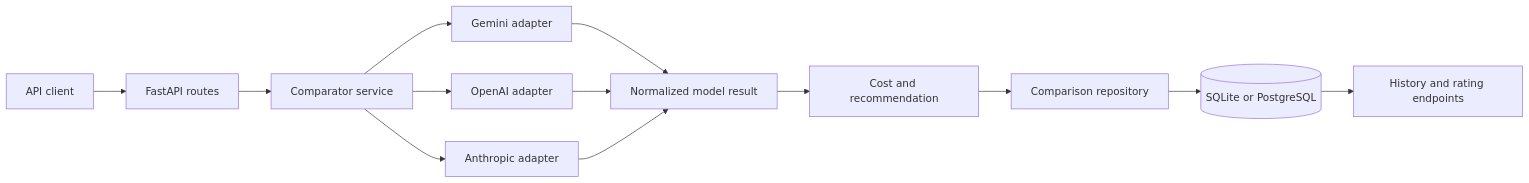
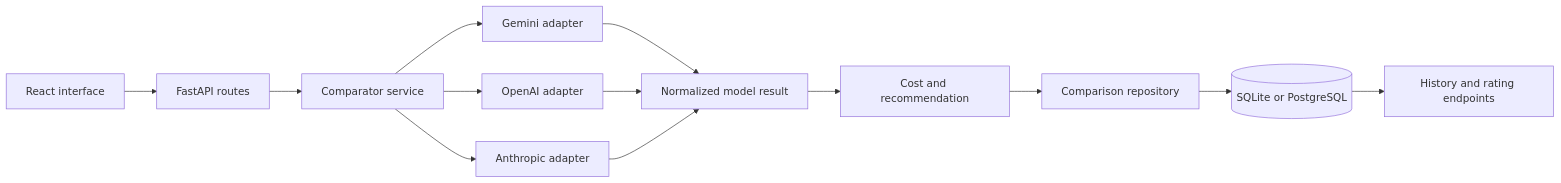
One commit to EmaanAarbi/Multi-Model-LLM-Comparator changed the diagram in docs/architecture.md. Above: the diagram before and after it, drawn with Mermaid. The commit also changed 35 other files, not shown here.

````diff
--- a/docs/architecture.md
+++ b/docs/architecture.md
@@ -3,15 +3,15 @@
 ```mermaid
 flowchart LR
-    U[API client] --> F[FastAPI routes]
+    U[React interface] --> F[FastAPI routes]
     F --> C[Comparator service]
     C --> G[Gemini adapter]
     C --> O[OpenAI adapter]
     C --> A[Anthropic adapter]
     G --> N[Normalized model result]
     O --> N
     A --> N
     N --> E[Cost and recommendation]
     E --> R[Comparison repository]
     R --> D[(SQLite or PostgreSQL)]
     D --> H[History and rating endpoints]
 ```
````
